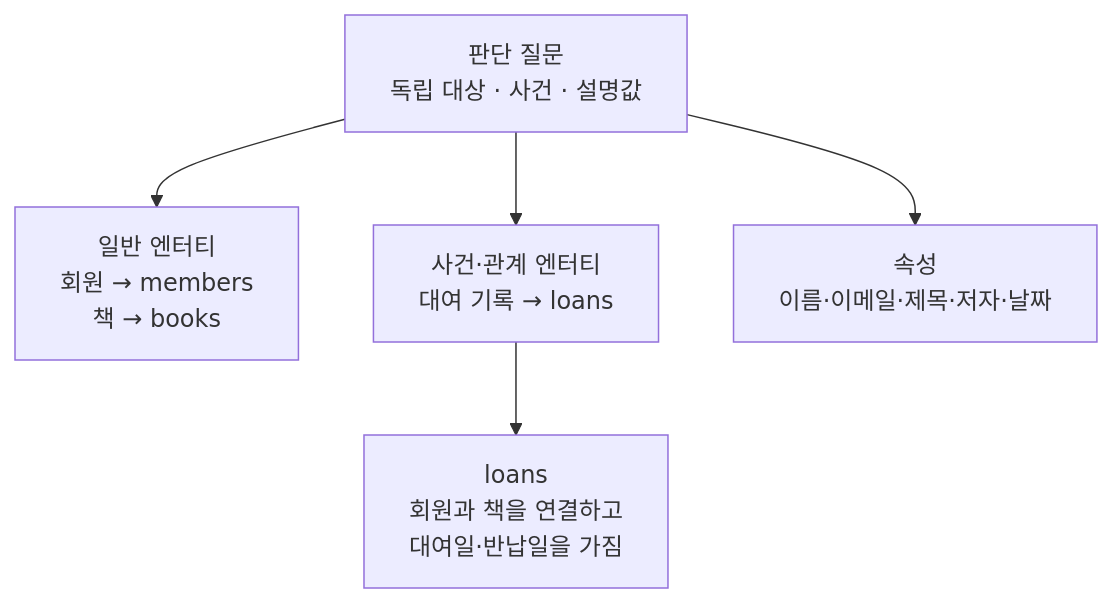
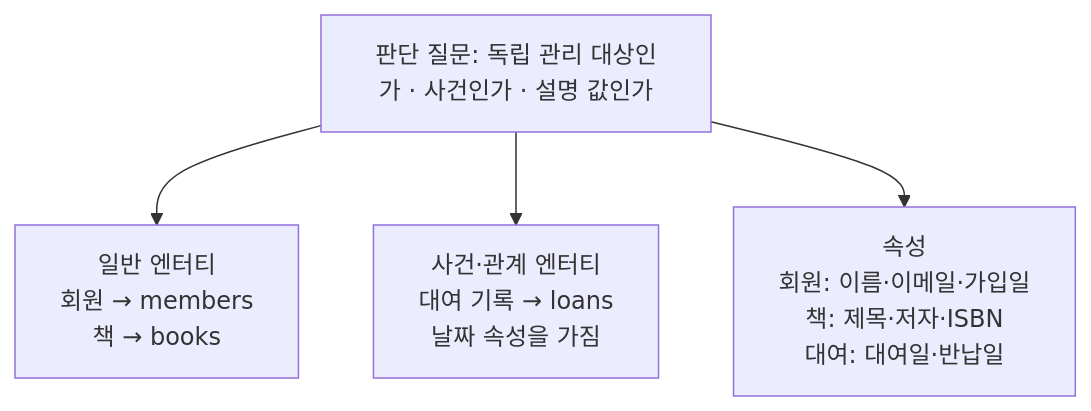
The diagram in images/chapter05/ch05_02_entity_attribute_classification.mmd (GilbertMoon/ai-database-book), drawn with Mermaid before and after one commit.

Commit message:
Finalize Chapter 05 entity classification Mermaid

```diff
--- a/images/chapter05/ch05_02_entity_attribute_classification.mmd
+++ b/images/chapter05/ch05_02_entity_attribute_classification.mmd
@@ -1,11 +1,5 @@
-flowchart TD
-    Q[판단 질문<br/>독립 대상 · 사건 · 설명값]
-    A[일반 엔터티<br/>회원 → members<br/>책 → books]
-    B[사건·관계 엔터티<br/>대여 기록 → loans]
-    C[속성<br/>이름·이메일·제목·저자·날짜]
-    D[loans<br/>회원과 책을 연결하고<br/>대여일·반납일을 가짐]
-
-    Q --> A
-    Q --> B
-    Q --> C
-    B --> D
+flowchart TB
+    Q[판단 질문: 독립 관리 대상인가 · 사건인가 · 설명 값인가]
+    Q --> A[일반 엔터티<br/>회원 → members<br/>책 → books]
+    Q --> B[사건·관계 엔터티<br/>대여 기록 → loans<br/>날짜 속성을 가짐]
+    Q --> C[속성<br/>회원: 이름·이메일·가입일<br/>책: 제목·저자·ISBN<br/>대여: 대여일·반납일]
```
